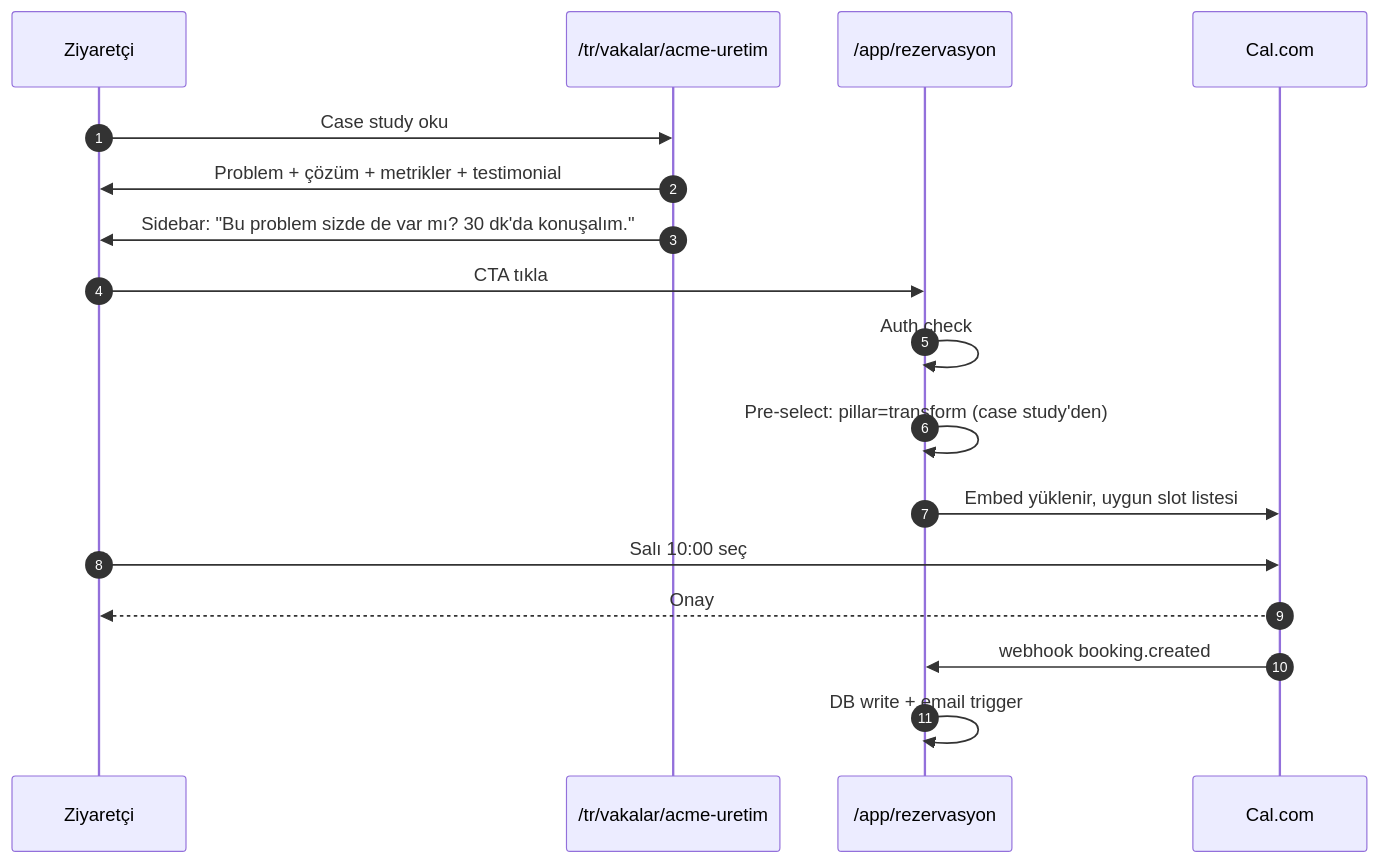
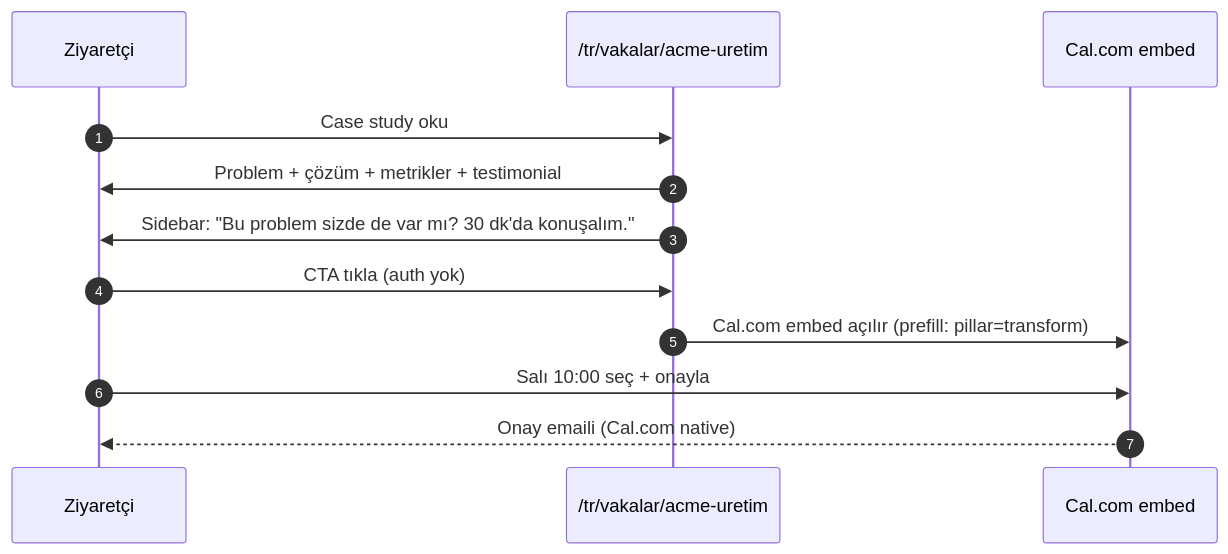
The fourth of 5 diagrams in docs/11-funnel-customer-flows.md (burakardaozgul/indoles_new), drawn with Mermaid before and after one commit. The commit also changed other lines of this file, not shown here.

Commit message:
docs(funnel): remove auth-required booking + AI entry points

````diff
--- a/docs/11-funnel-customer-flows.md
+++ b/docs/11-funnel-customer-flows.md
@@ -214,20 +193,15 @@
 ```mermaid
 sequenceDiagram
   autonumber
   participant U as Ziyaretçi
   participant CS as /tr/vakalar/acme-uretim
-  participant RV as /app/rezervasyon
-  participant Cal as Cal.com
+  participant Cal as Cal.com embed
 
   U->>CS: Case study oku
   CS->>U: Problem + çözüm + metrikler + testimonial
   CS->>U: Sidebar: "Bu problem sizde de var mı? 30 dk'da konuşalım."
-  U->>RV: CTA tıkla
-  RV->>RV: Auth check
-  RV->>RV: Pre-select: pillar=transform (case study'den)
-  RV->>Cal: Embed yüklenir, uygun slot listesi
-  U->>Cal: Salı 10:00 seç
-  Cal-->>U: Onay
-  Cal->>RV: webhook booking.created
-  RV->>RV: DB write + email trigger
+  U->>CS: CTA tıkla (auth yok)
+  CS->>Cal: Cal.com embed açılır (prefill: pillar=transform)
+  U->>Cal: Salı 10:00 seç + onayla
+  Cal-->>U: Onay emaili (Cal.com native)
 ```
````
